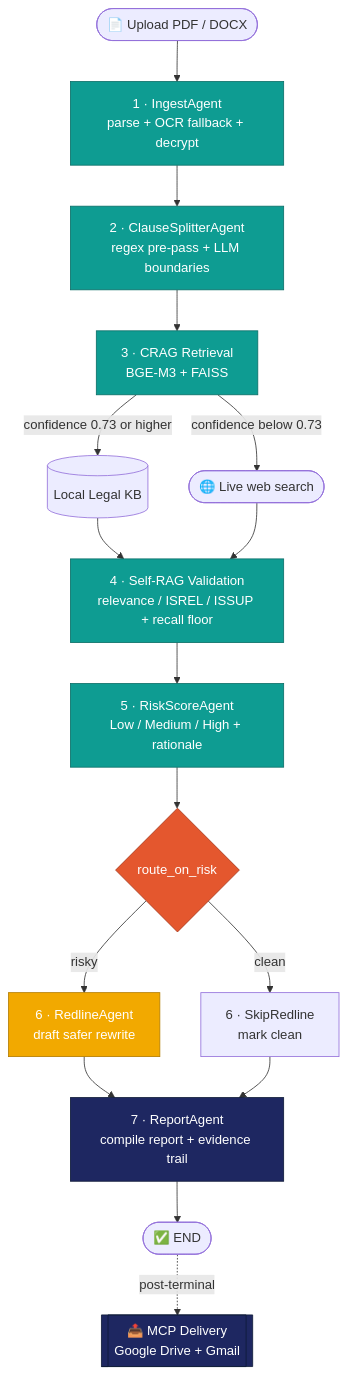
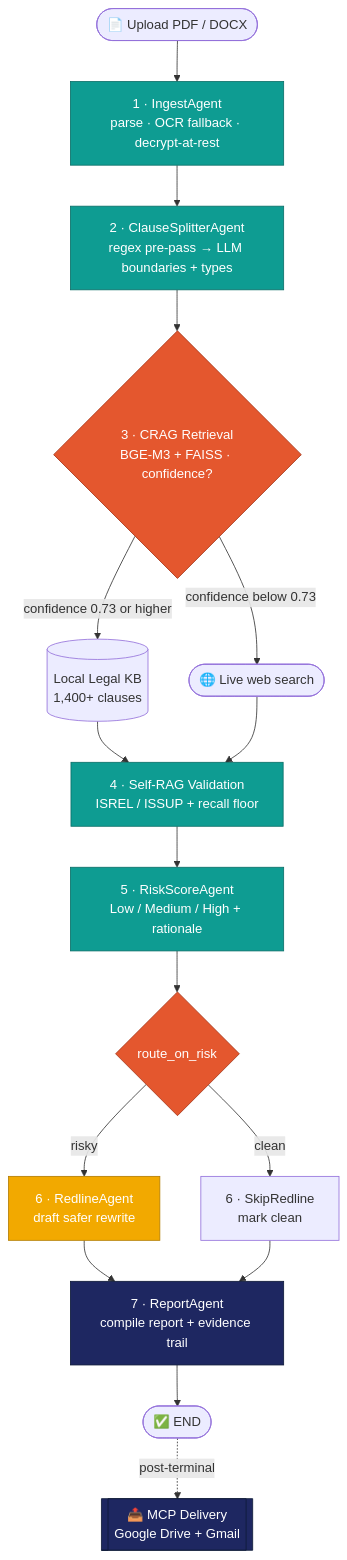
Before and after one commit to joshiyash710/Contract_Sentinel: the first of 3 diagrams in README.md, drawn with Mermaid. The commit also changed other lines of this file, not shown here.

First line of the commit message:
docs(readme): refresh for dual-mode architecture, deployment, and current metrics

````diff
--- a/README.md
+++ b/README.md
@@ -89,34 +121,34 @@
 ```mermaid
 flowchart TD
     U([📄 Upload PDF / DOCX]) --> N1
 
-    N1["1 · IngestAgent<br/>parse + OCR fallback + decrypt"] --> N2
-    N2["2 · ClauseSplitterAgent<br/>regex pre-pass + LLM boundaries"] --> N3
-    N3["3 · CRAG Retrieval<br/>BGE-M3 + FAISS"]
+    N1["1 · IngestAgent<br/>parse · OCR fallback · decrypt-at-rest"] --> N2
+    N2["2 · ClauseSplitterAgent<br/>regex pre-pass → LLM boundaries + types"] --> N3
+    N3{"3 · CRAG Retrieval<br/>BGE-M3 + FAISS · confidence?"}
 
-    N3 -->|confidence 0.73 or higher| KB[(Local Legal KB)]
+    N3 -->|confidence 0.73 or higher| KB[(Local Legal KB<br/>1,400+ clauses)]
     N3 -->|confidence below 0.73| WEB([🌐 Live web search])
     KB --> N4
     WEB --> N4
 
-    N4["4 · Self-RAG Validation<br/>relevance / ISREL / ISSUP + recall floor"] --> N5
+    N4["4 · Self-RAG Validation<br/>ISREL / ISSUP + recall floor"] --> N5
     N5["5 · RiskScoreAgent<br/>Low / Medium / High + rationale"] --> R{route_on_risk}
 
     R -->|risky| N6["6 · RedlineAgent<br/>draft safer rewrite"]
     R -->|clean| SK["6 · SkipRedline<br/>mark clean"]
     N6 --> N7
     SK --> N7
 
     N7["7 · ReportAgent<br/>compile report + evidence trail"] --> END([✅ END])
     END -.post-terminal.-> DEL[["📤 MCP Delivery<br/>Google Drive + Gmail"]]
 
     style N1 fill:#0E9C92,stroke:#0B6F68,color:#fff
     style N2 fill:#0E9C92,stroke:#0B6F68,color:#fff
-    style N3 fill:#0E9C92,stroke:#0B6F68,color:#fff
     style N4 fill:#0E9C92,stroke:#0B6F68,color:#fff
     style N5 fill:#0E9C92,stroke:#0B6F68,color:#fff
     style N6 fill:#F2A900,stroke:#B37C00,color:#fff
     style N7 fill:#1E2761,stroke:#0E1A38,color:#fff
+    style N3 fill:#E4572E,stroke:#A5361A,color:#fff
     style R fill:#E4572E,stroke:#A5361A,color:#fff
     style DEL fill:#1E2761,stroke:#0E1A38,color:#fff
 ```
````
